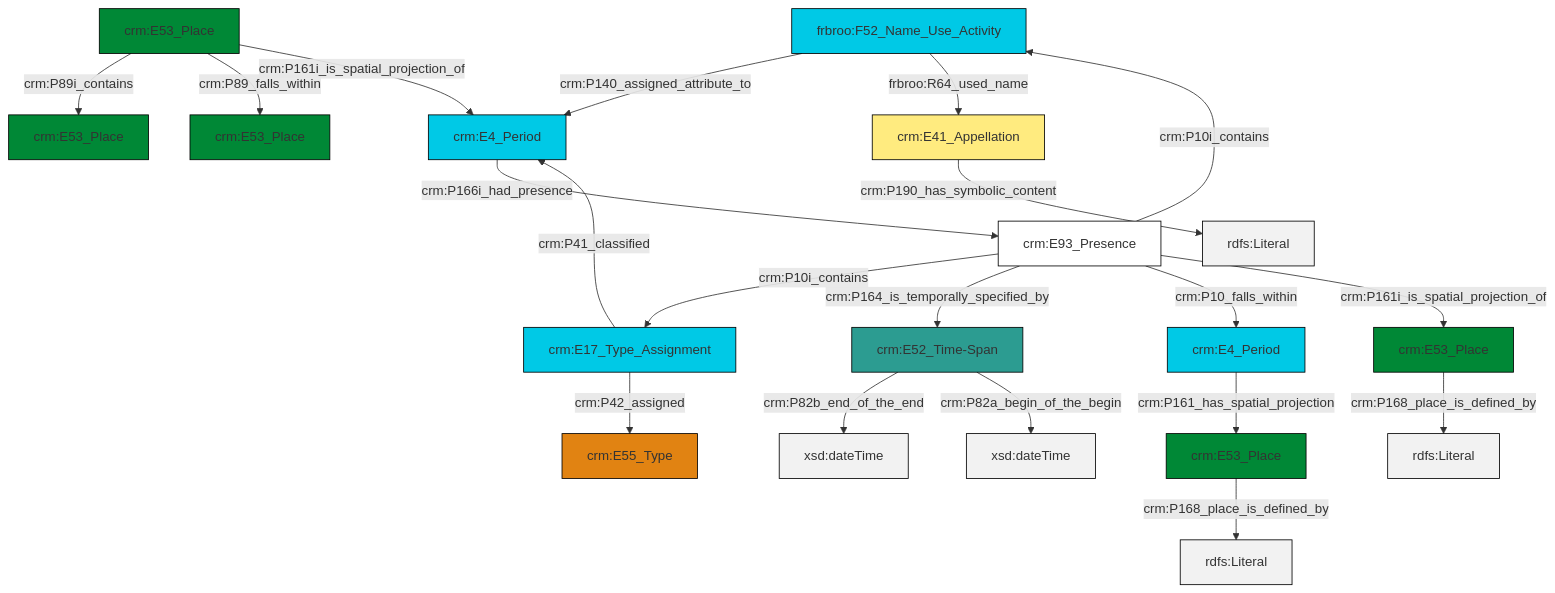
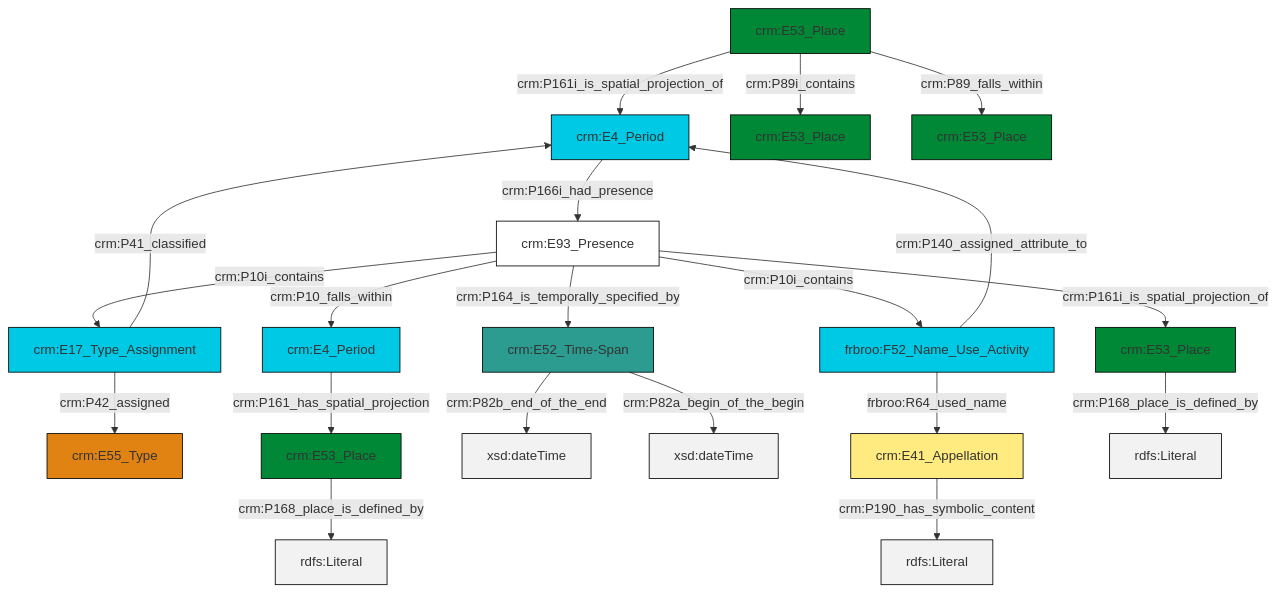
One commit to swiss-art-research-net/reference-data-models changed the diagram in et/placeCSV/ttl/mmd/place_parthood.ttl.mmd. Above: the diagram before and after it, drawn with Mermaid. The commit also changed 128 other files, not shown here.

```diff
--- a/et/placeCSV/ttl/mmd/place_parthood.ttl.mmd
+++ b/et/placeCSV/ttl/mmd/place_parthood.ttl.mmd
@@ -1,34 +1,34 @@
 graph TD
 classDef Literal fill:#f2f2f2,stroke:#000000;
 classDef CRM_Entity fill:#FFFFFF,stroke:#000000;
 classDef Temporal_Entity fill:#00C9E6, stroke:#000000;
 classDef Type fill:#E18312, stroke:#000000;
 classDef Time-Span fill:#2C9C91, stroke:#000000;
 classDef Appellation fill:#FFEB7F, stroke:#000000;
 classDef Place fill:#008836, stroke:#000000;
 classDef Persistent_Item fill:#B266B2, stroke:#000000;
 classDef Conceptual_Object fill:#FFD700, stroke:#000000;
 classDef Physical_Thing fill:#D2B48C, stroke:#000000;
 classDef Actor fill:#f58aad, stroke:#000000;
 classDef PC_Classes fill:#4ce600, stroke:#000000;
 classDef Multi fill:#cccccc,stroke:#000000;
 
-2["crm:E17_Type_Assignment"]:::Temporal_Entity -->|crm:P42_assigned| 3["crm:E55_Type"]:::Type
-8["crm:E4_Period"]:::Temporal_Entity -->|crm:P161_has_spatial_projection| 9["crm:E53_Place"]:::Place
-6["crm:E53_Place"]:::Place -->|crm:P89i_contains| 10["crm:E53_Place"]:::Place
-0["frbroo:F52_Name_Use_Activity"]:::Temporal_Entity -->|crm:P140_assigned_attribute_to| 11["crm:E4_Period"]:::Temporal_Entity
-4["crm:E93_Presence"]:::CRM_Entity -->|crm:P10i_contains| 2["crm:E17_Type_Assignment"]:::Temporal_Entity
-0["frbroo:F52_Name_Use_Activity"]:::Temporal_Entity -->|frbroo:R64_used_name| 12["crm:E41_Appellation"]:::Appellation
-9["crm:E53_Place"]:::Place -->|crm:P168_place_is_defined_by| 14[rdfs:Literal]:::Literal
-15["crm:E53_Place"]:::Place -->|crm:P168_place_is_defined_by| 16[rdfs:Literal]:::Literal
-11["crm:E4_Period"]:::Temporal_Entity -->|crm:P166i_had_presence| 4["crm:E93_Presence"]:::CRM_Entity
-4["crm:E93_Presence"]:::CRM_Entity -->|crm:P164_is_temporally_specified_by| 17["crm:E52_Time-Span"]:::Time-Span
-17["crm:E52_Time-Span"]:::Time-Span -->|crm:P82b_end_of_the_end| 21[xsd:dateTime]:::Literal
-2["crm:E17_Type_Assignment"]:::Temporal_Entity -->|crm:P41_classified| 11["crm:E4_Period"]:::Temporal_Entity
-6["crm:E53_Place"]:::Place -->|crm:P89_falls_within| 24["crm:E53_Place"]:::Place
-12["crm:E41_Appellation"]:::Appellation -->|crm:P190_has_symbolic_content| 25[rdfs:Literal]:::Literal
-4["crm:E93_Presence"]:::CRM_Entity -->|crm:P10i_contains| 0["frbroo:F52_Name_Use_Activity"]:::Temporal_Entity
-4["crm:E93_Presence"]:::CRM_Entity -->|crm:P10_falls_within| 8["crm:E4_Period"]:::Temporal_Entity
-6["crm:E53_Place"]:::Place -->|crm:P161i_is_spatial_projection_of| 11["crm:E4_Period"]:::Temporal_Entity
-4["crm:E93_Presence"]:::CRM_Entity -->|crm:P161i_is_spatial_projection_of| 15["crm:E53_Place"]:::Place
-17["crm:E52_Time-Span"]:::Time-Span -->|crm:P82a_begin_of_the_begin| 30[xsd:dateTime]:::Literal
+4["frbroo:F52_Name_Use_Activity"]:::Temporal_Entity -->|crm:P140_assigned_attribute_to| 5["crm:E4_Period"]:::Temporal_Entity
+8["crm:E53_Place"]:::Place -->|crm:P168_place_is_defined_by| 9[rdfs:Literal]:::Literal
+10["crm:E93_Presence"]:::CRM_Entity -->|crm:P161i_is_spatial_projection_of| 11["crm:E53_Place"]:::Place
+12["crm:E52_Time-Span"]:::Time-Span -->|crm:P82b_end_of_the_end| 13[xsd:dateTime]:::Literal
+0["crm:E53_Place"]:::Place -->|crm:P89i_contains| 15["crm:E53_Place"]:::Place
+2["crm:E17_Type_Assignment"]:::Temporal_Entity -->|crm:P41_classified| 5["crm:E4_Period"]:::Temporal_Entity
+0["crm:E53_Place"]:::Place -->|crm:P161i_is_spatial_projection_of| 5["crm:E4_Period"]:::Temporal_Entity
+12["crm:E52_Time-Span"]:::Time-Span -->|crm:P82a_begin_of_the_begin| 18[xsd:dateTime]:::Literal
+4["frbroo:F52_Name_Use_Activity"]:::Temporal_Entity -->|frbroo:R64_used_name| 19["crm:E41_Appellation"]:::Appellation
+5["crm:E4_Period"]:::Temporal_Entity -->|crm:P166i_had_presence| 10["crm:E93_Presence"]:::CRM_Entity
+0["crm:E53_Place"]:::Place -->|crm:P89_falls_within| 20["crm:E53_Place"]:::Place
+10["crm:E93_Presence"]:::CRM_Entity -->|crm:P164_is_temporally_specified_by| 12["crm:E52_Time-Span"]:::Time-Span
+2["crm:E17_Type_Assignment"]:::Temporal_Entity -->|crm:P42_assigned| 6["crm:E55_Type"]:::Type
+10["crm:E93_Presence"]:::CRM_Entity -->|crm:P10i_contains| 2["crm:E17_Type_Assignment"]:::Temporal_Entity
+19["crm:E41_Appellation"]:::Appellation -->|crm:P190_has_symbolic_content| 28[rdfs:Literal]:::Literal
+10["crm:E93_Presence"]:::CRM_Entity -->|crm:P10_falls_within| 26["crm:E4_Period"]:::Temporal_Entity
+26["crm:E4_Period"]:::Temporal_Entity -->|crm:P161_has_spatial_projection| 8["crm:E53_Place"]:::Place
+10["crm:E93_Presence"]:::CRM_Entity -->|crm:P10i_contains| 4["frbroo:F52_Name_Use_Activity"]:::Temporal_Entity
+11["crm:E53_Place"]:::Place -->|crm:P168_place_is_defined_by| 30[rdfs:Literal]:::Literal
```
